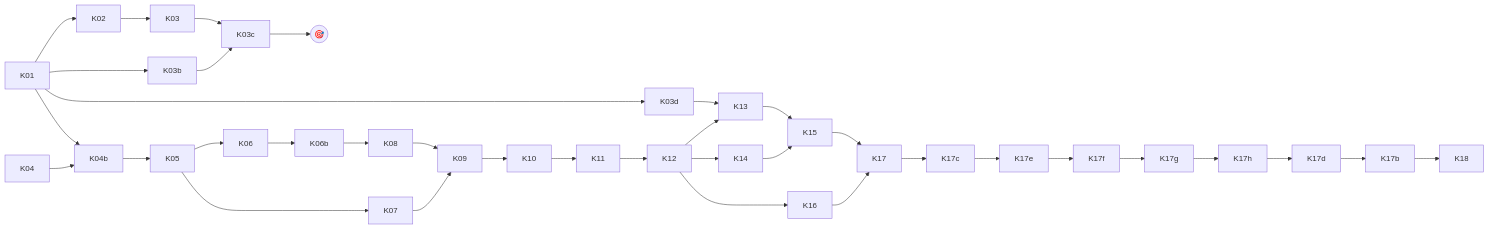
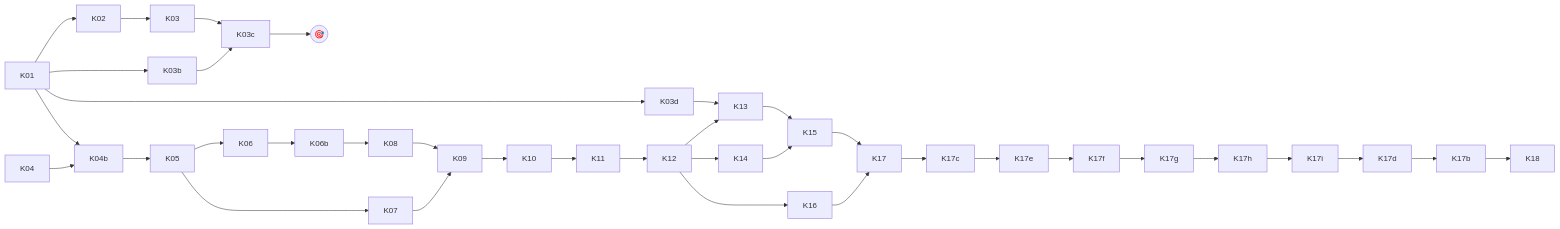
The diagram in PIPELINE_PROMPTS.md (qbolliet/trade-analysis), drawn with Mermaid before and after one commit. The commit also changed other lines of this file and 28 other files, not shown here.

Commit message:
style: superset dashboard coherence between filter and charts + introduction

````diff
--- a/PIPELINE_PROMPTS.md
+++ b/PIPELINE_PROMPTS.md
@@ -91,15 +96,15 @@
 ```mermaid
 flowchart LR
   K01 --> K02 --> K03 --> K03c
   K01 --> K03b --> K03c --> J((🎯))
   K01 --> K03d --> K13
   K04 --> K04b
   K01 --> K04b --> K05
   K05 --> K06 --> K06b --> K08
   K05 --> K07 --> K09
   K08 --> K09 --> K10 --> K11 --> K12
   K12 --> K13 --> K15
   K12 --> K14 --> K15
   K12 --> K16 --> K17
-  K15 --> K17 --> K17c --> K17e --> K17f --> K17g --> K17h --> K17d --> K17b --> K18
+  K15 --> K17 --> K17c --> K17e --> K17f --> K17g --> K17h --> K17i --> K17d --> K17b --> K18
 ```
````
